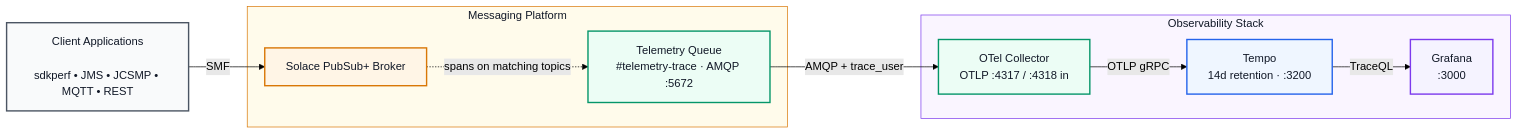
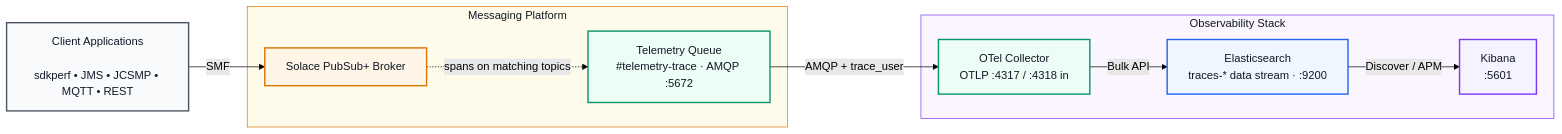
Before and after one commit to Tanendra77/solace-grafana-observatory: the diagram in README.md, drawn with Mermaid (forest theme). The commit also changed other lines of this file, not shown here.

````diff
--- a/README.md
+++ b/README.md
@@ -17,36 +19,36 @@
 ```mermaid
 flowchart LR
 
     classDef client fill:#F9FAFB,stroke:#4B5563,stroke-width:2px,color:#111827;
     classDef broker fill:#FFF5E6,stroke:#D97706,stroke-width:2px,color:#111827;
     classDef monitor fill:#ECFDF5,stroke:#059669,stroke-width:2px,color:#111827;
     classDef storage fill:#EFF6FF,stroke:#2563EB,stroke-width:2px,color:#111827;
     classDef ui fill:#F5F3FF,stroke:#7C3AED,stroke-width:2px,color:#111827;
 
     A["Client Applications<br/><br/>sdkperf • JMS • JCSMP • MQTT • REST"]
 
     subgraph Broker["Messaging Platform"]
         B["Solace PubSub+ Broker"]
         C["Telemetry Queue<br/>#telemetry-trace · AMQP :5672"]
     end
 
     subgraph Observability["Observability Stack"]
         D["OTel Collector<br/>OTLP :4317 / :4318 in"]
-        E["Tempo<br/>14d retention · :3200"]
-        F["Grafana<br/>:3000"]
+        E["Elasticsearch<br/>traces-* data stream · :9200"]
+        F["Kibana<br/>:5601"]
     end
 
     A -->|"SMF"| B
     B -.->|"spans on matching topics"| C
     C -->|"AMQP + trace_user"| D
-    D -->|"OTLP gRPC"| E
-    E -->|"TraceQL"| F
+    D -->|"Bulk API"| E
+    E -->|"Discover / APM"| F
 
     class A client
     class B broker
     class C,D monitor
     class E storage
     class F ui
     style Broker fill:#FFFBEB,stroke:#D97706,color:#111827
     style Observability fill:#FAF5FF,stroke:#7C3AED,color:#111827
 ```
````
